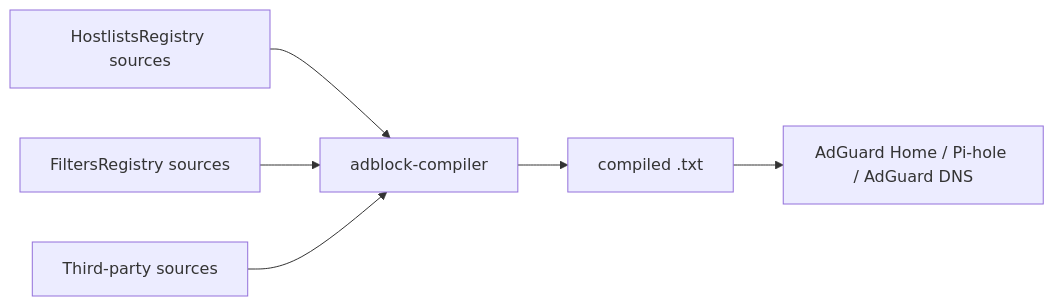
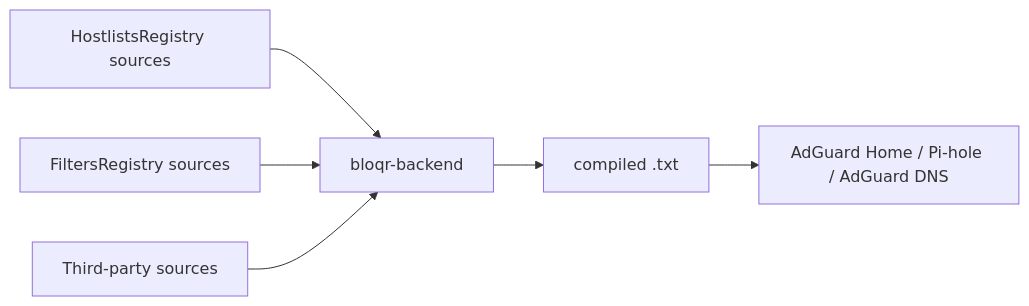
Before and after one commit to jaypatrick/adblock-compiler: the diagram in ideas/HOSTLISTS_REGISTRY_INTEGRATION.md, drawn with Mermaid. The commit also changed other lines of this file and 252 other files, not shown here.

First line of the commit message:
chore: rename Cloudflare Worker names from adblock- to bloqr- (bloqr-compiler → bloqr-backend) (#1762)

````diff
--- a/ideas/HOSTLISTS_REGISTRY_INTEGRATION.md
+++ b/ideas/HOSTLISTS_REGISTRY_INTEGRATION.md
@@ -37,15 +37,15 @@
 ```mermaid
 flowchart LR
     HLR["HostlistsRegistry sources"]
     FLR["FiltersRegistry sources"]
     TPS["Third-party sources"]
-    AC["adblock-compiler"]
+    AC["bloqr-backend"]
     Output["compiled .txt"]
     Consumers["AdGuard Home / Pi-hole / AdGuard DNS"]
 
     HLR --> AC
     FLR --> AC
     TPS --> AC
     AC --> Output
     Output --> Consumers
 ```
````
